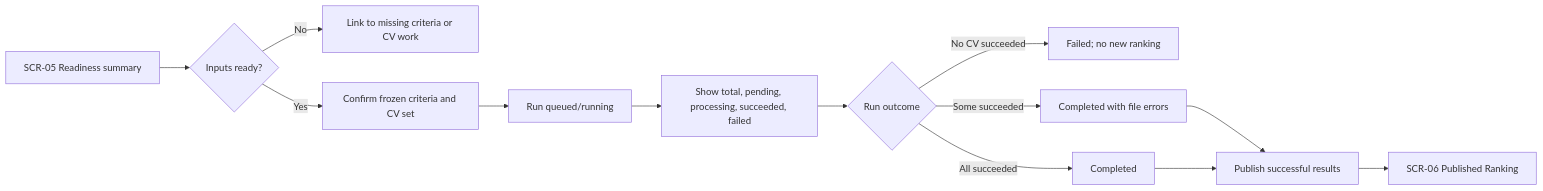
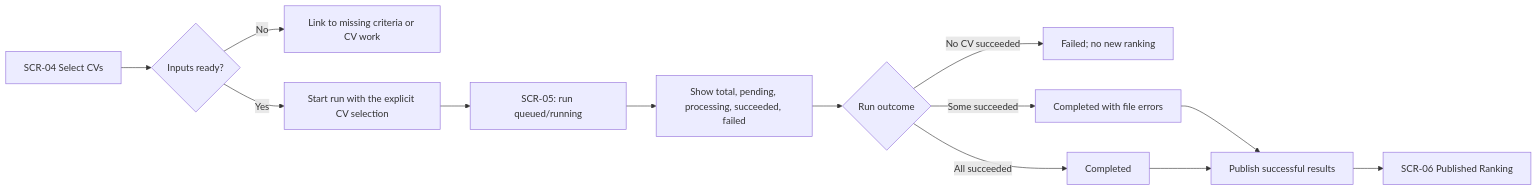
One commit to linkoc119/recruitment-assistant changed the third of 6 diagrams in docs/ui-ux/user-flows.md. Above: the diagram before and after it, drawn with Mermaid. The commit also changed other lines of this file and 68 other files, not shown here.

````diff
--- a/docs/ui-ux/user-flows.md
+++ b/docs/ui-ux/user-flows.md
@@ -73,15 +73,15 @@
 ```mermaid
 flowchart LR
-    A[SCR-05 Readiness summary] --> B{Inputs ready?}
+    A[SCR-04 Select CVs] --> B{Inputs ready?}
     B -- No --> C[Link to missing criteria or CV work]
-    B -- Yes --> D[Confirm frozen criteria and CV set]
-    D --> E[Run queued/running]
+    B -- Yes --> D[Start run with the explicit CV selection]
+    D --> E[SCR-05: run queued/running]
     E --> F[Show total, pending, processing, succeeded, failed]
     F --> G{Run outcome}
     G -- No CV succeeded --> H[Failed; no new ranking]
     G -- Some succeeded --> I[Completed with file errors]
     G -- All succeeded --> J[Completed]
     I --> K[Publish successful results]
     J --> K
     K --> L[SCR-06 Published Ranking]
 ```
````
